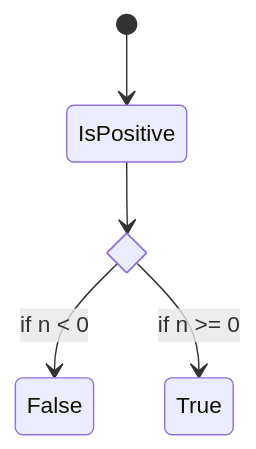
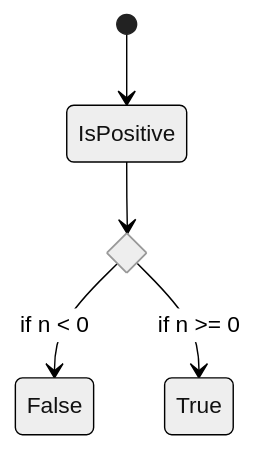
The second of 6 diagrams in erd_example.md (Kuziomkin/diagrams), drawn with Mermaid before and after one commit.

````diff
--- a/erd_example.md
+++ b/erd_example.md
@@ -17,14 +17,14 @@
 ```mermaid
 ---
 config:
   layout: dagre
   look: classic
-  theme: default
+  theme: neutral
 ---
     stateDiagram-v2
         state if_state <<choice>>
         [*] --> IsPositive
         IsPositive --> if_state
         if_state --> False: if n < 0
         if_state --> True : if n >= 0
 ```
````
